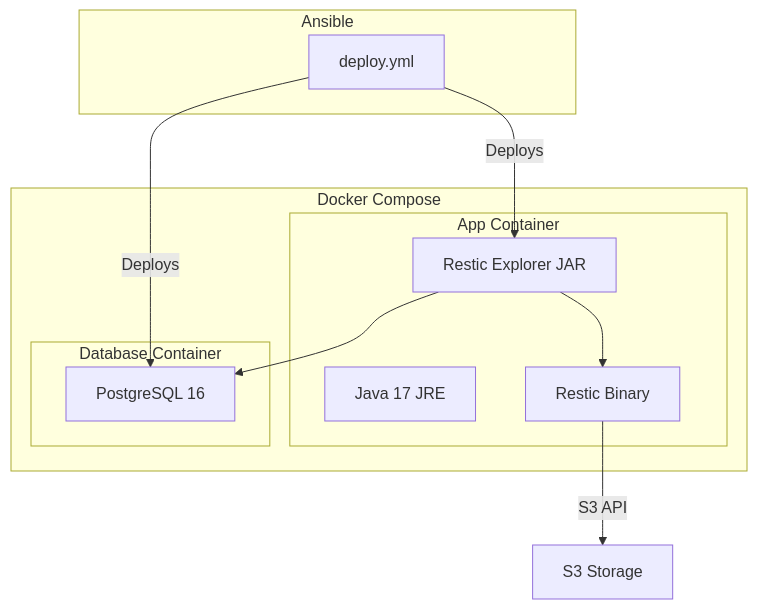
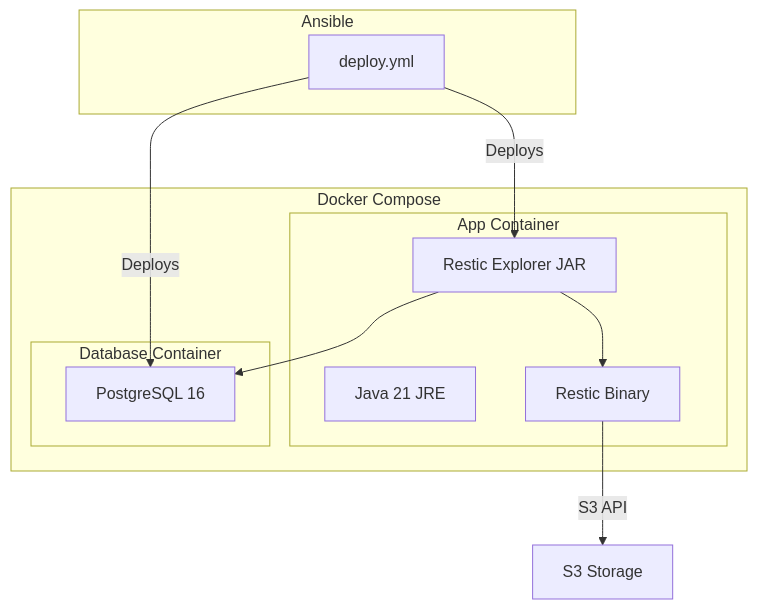
Before and after one commit to tmseidel/restic-explorer: the eighth of 8 diagrams in docs/ARCHITECTURE.md, drawn with Mermaid. The commit also changed 8 other files, not shown here.

````diff
--- a/docs/ARCHITECTURE.md
+++ b/docs/ARCHITECTURE.md
@@ -328,25 +328,25 @@
 ```mermaid
 graph TB
     subgraph "Docker Compose"
         subgraph "App Container"
-            JAVA[Java 17 JRE]
+            JAVA[Java 21 JRE]
             RESTIC[Restic Binary]
             APP[Restic Explorer JAR]
         end
 
         subgraph "Database Container"
             PG[PostgreSQL 16]
         end
     end
 
     APP --> PG
     APP --> RESTIC
     RESTIC -->|S3 API| S3[S3 Storage]
 
     subgraph "Ansible"
         PLAY[deploy.yml]
     end
 
     PLAY -->|Deploys| APP
     PLAY -->|Deploys| PG
 ```
````
